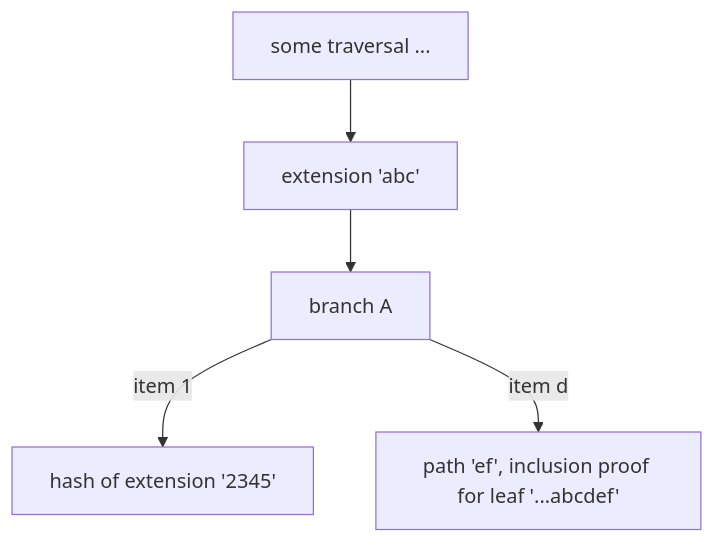
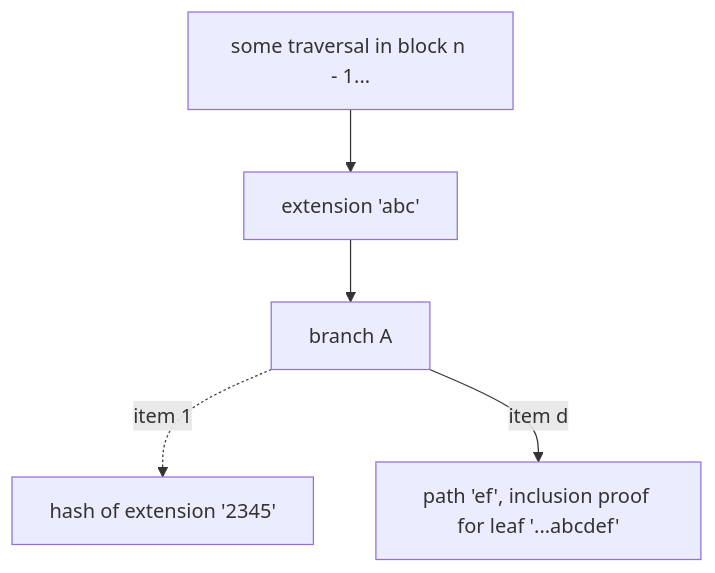
One commit to perama-v/archors changed the ninth of 16 diagrams in crates/multiproof/README.md. Above: the diagram before and after it, drawn with Mermaid. The commit also changed other lines of this file, not shown here.

Commit message:
doc(multiproof): Describe extension-fetching

````diff
--- a/crates/multiproof/README.md
+++ b/crates/multiproof/README.md
@@ -216,6 +229,6 @@
 ```mermaid
 flowchart TD
-    A[some traversal ...] --> B[extension 'abc'] --> F[branch A]
-    F --item 1--> C[hash of extension '2345']
+    A[some traversal in block n - 1...] --> B[extension 'abc'] --> F[branch A]
+    F -.item 1.-> C[hash of extension '2345']
     F --item d--> E[path 'ef', inclusion proof for leaf '...abcdef']
 ```
````
